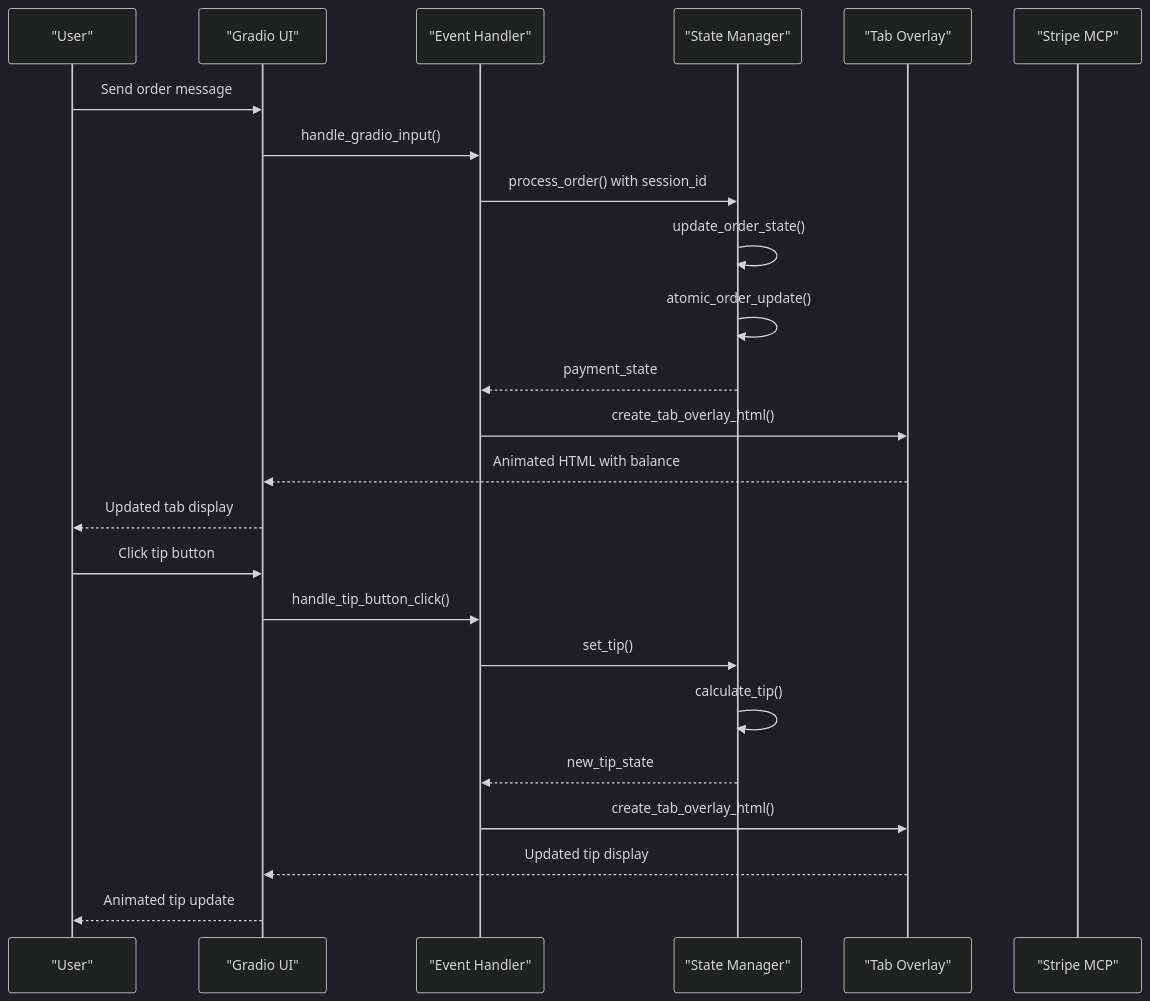
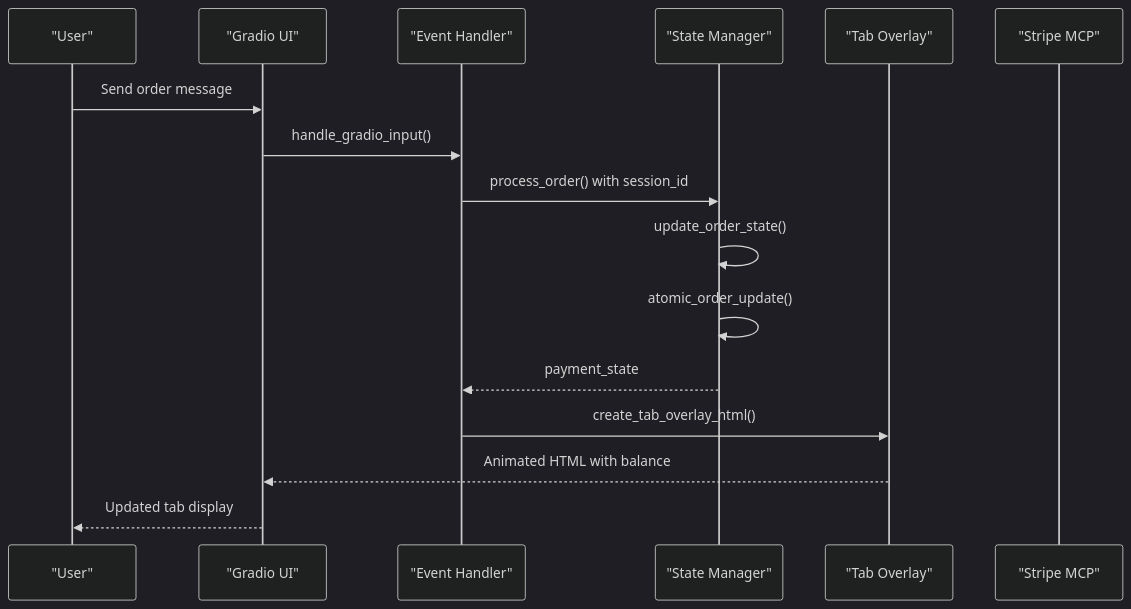
One commit to MOK-5-ha/MayaMCP changed the second of 7 diagrams in .qoder/repowiki/en/content/Payment Processing System/Tab Management System.md. Above: the diagram before and after it, drawn with Mermaid (dark theme). The commit also changed other lines of this file and 27 other files, not shown here.

````diff
--- a/.qoder/repowiki/en/content/Payment Processing System/Tab Management System.md
+++ b/.qoder/repowiki/en/content/Payment Processing System/Tab Management System.md
@@ -129,26 +136,18 @@
 ```mermaid
 sequenceDiagram
 participant User as "User"
 participant UI as "Gradio UI"
 participant Handler as "Event Handler"
 participant State as "State Manager"
 participant Overlay as "Tab Overlay"
 participant Payment as "Stripe MCP"
 User->>UI : Send order message
 UI->>Handler : handle_gradio_input()
 Handler->>State : process_order() with session_id
 State->>State : update_order_state()
 State->>State : atomic_order_update()
 State-->>Handler : payment_state
 Handler->>Overlay : create_tab_overlay_html()
 Overlay-->>UI : Animated HTML with balance
 UI-->>User : Updated tab display
-User->>UI : Click tip button
-UI->>Handler : handle_tip_button_click()
-Handler->>State : set_tip()
-State->>State : calculate_tip()
-State-->>Handler : new_tip_state
-Handler->>Overlay : create_tab_overlay_html()
-Overlay-->>UI : Updated tip display
-UI-->>User : Animated tip update
 ```
````
